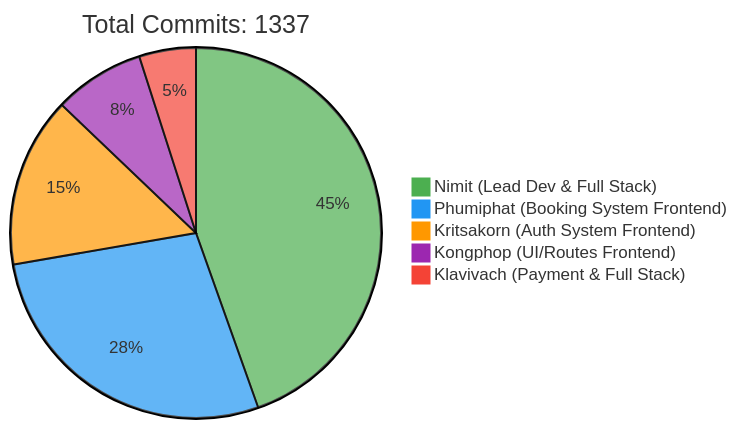
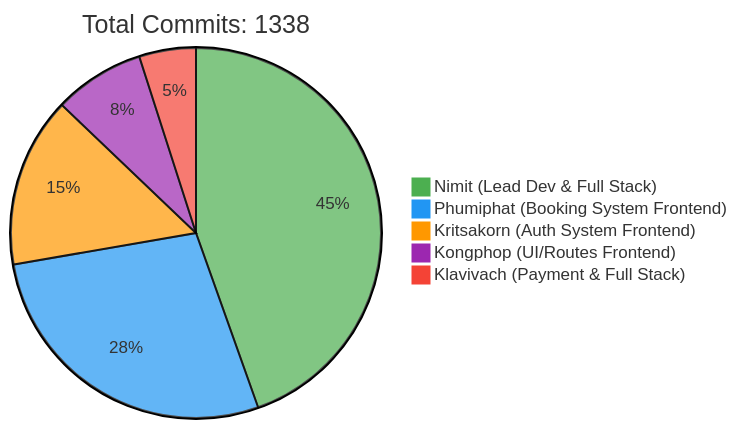
Before and after one commit to 6531503042/Sport-Complex: the first of 2 diagrams in README.md, drawn with Mermaid. The commit also changed other lines of this file, not shown here.

Commit message:
docs: Update contributor statistics [skip ci]

````diff
--- a/README.md
+++ b/README.md
@@ -257,10 +257,10 @@
 ```mermaid
 %%{init: {'theme': 'base', 'themeVariables': { 'pie1': '#4CAF50', 'pie2': '#2196F3', 'pie3': '#FF9800', 'pie4': '#9C27B0', 'pie5': '#F44336'}}}%%
 pie
-    title Total Commits: 1337
+    title Total Commits: 1338
     "Nimit (Lead Dev & Full Stack)" : 450
     "Phumiphat (Booking System Frontend)" : 280
     "Kritsakorn (Auth System Frontend)" : 150
     "Kongphop (UI/Routes Frontend)" : 80
     "Klavivach (Payment & Full Stack)" : 50
 ```
````
